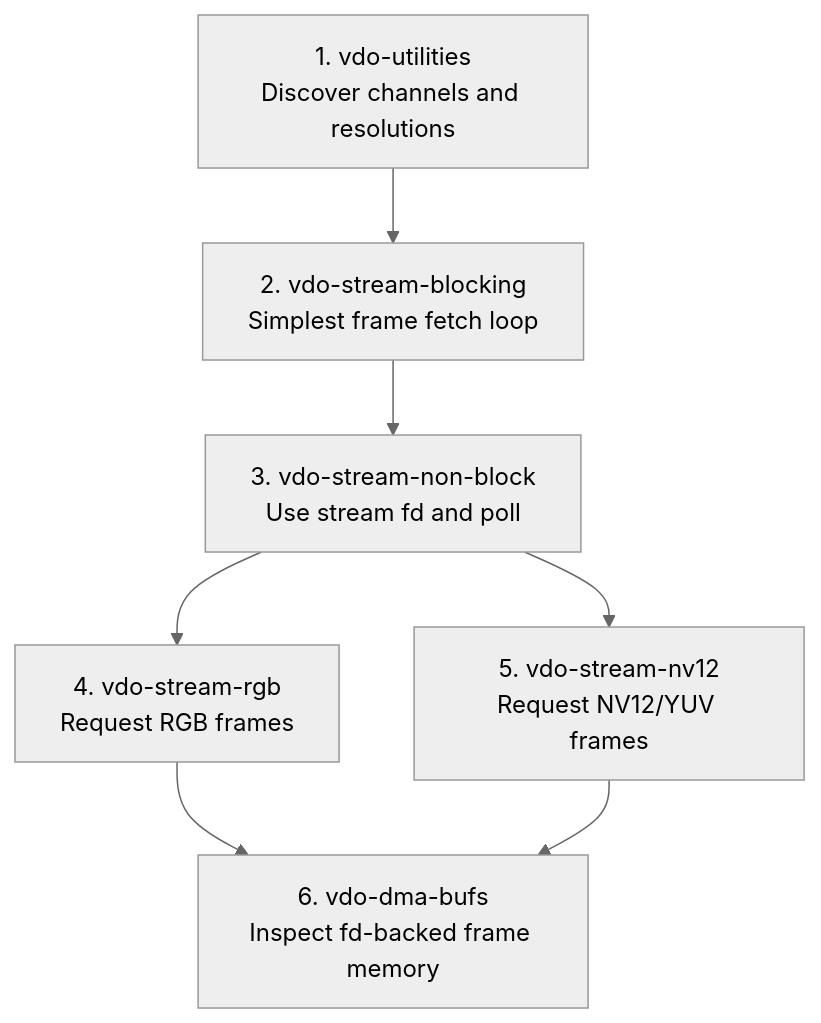
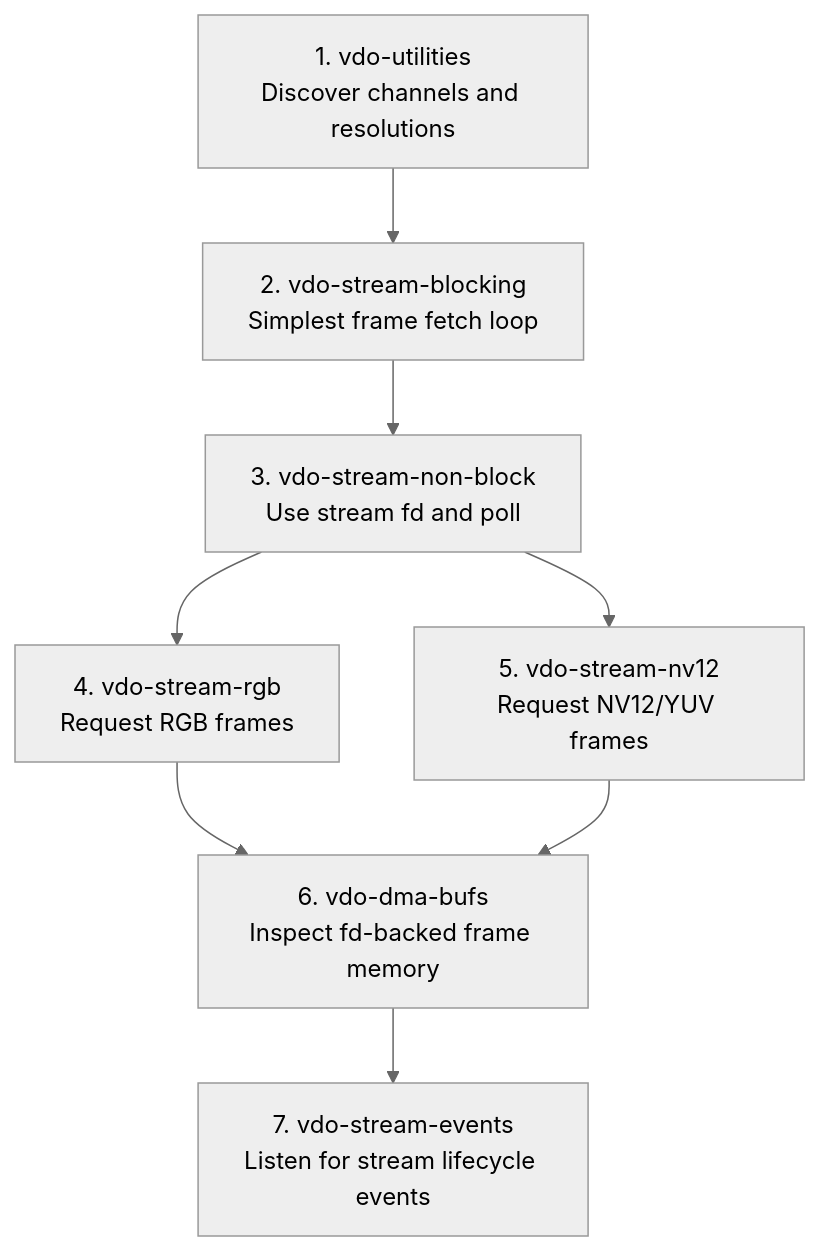
The first of 6 diagrams in vdo/README.md (losamtz/axis-acap-tip-workshop), drawn with Mermaid (neutral theme) before and after one commit. The commit also changed other lines of this file and 40 other files, not shown here.

````diff
--- a/vdo/README.md
+++ b/vdo/README.md
@@ -12,14 +12,16 @@
 ```mermaid
 flowchart TD
     A[1. vdo-utilities<br/>Discover channels and resolutions]
     B[2. vdo-stream-blocking<br/>Simplest frame fetch loop]
     C[3. vdo-stream-non-block<br/>Use stream fd and poll]
     D[4. vdo-stream-rgb<br/>Request RGB frames]
     E[5. vdo-stream-nv12<br/>Request NV12/YUV frames]
     F[6. vdo-dma-bufs<br/>Inspect fd-backed frame memory]
+    G[7. vdo-stream-events<br/>Listen for stream lifecycle events]
 
     A --> B --> C --> D
     C --> E
     D --> F
     E --> F
+    F --> G
 ```
````
